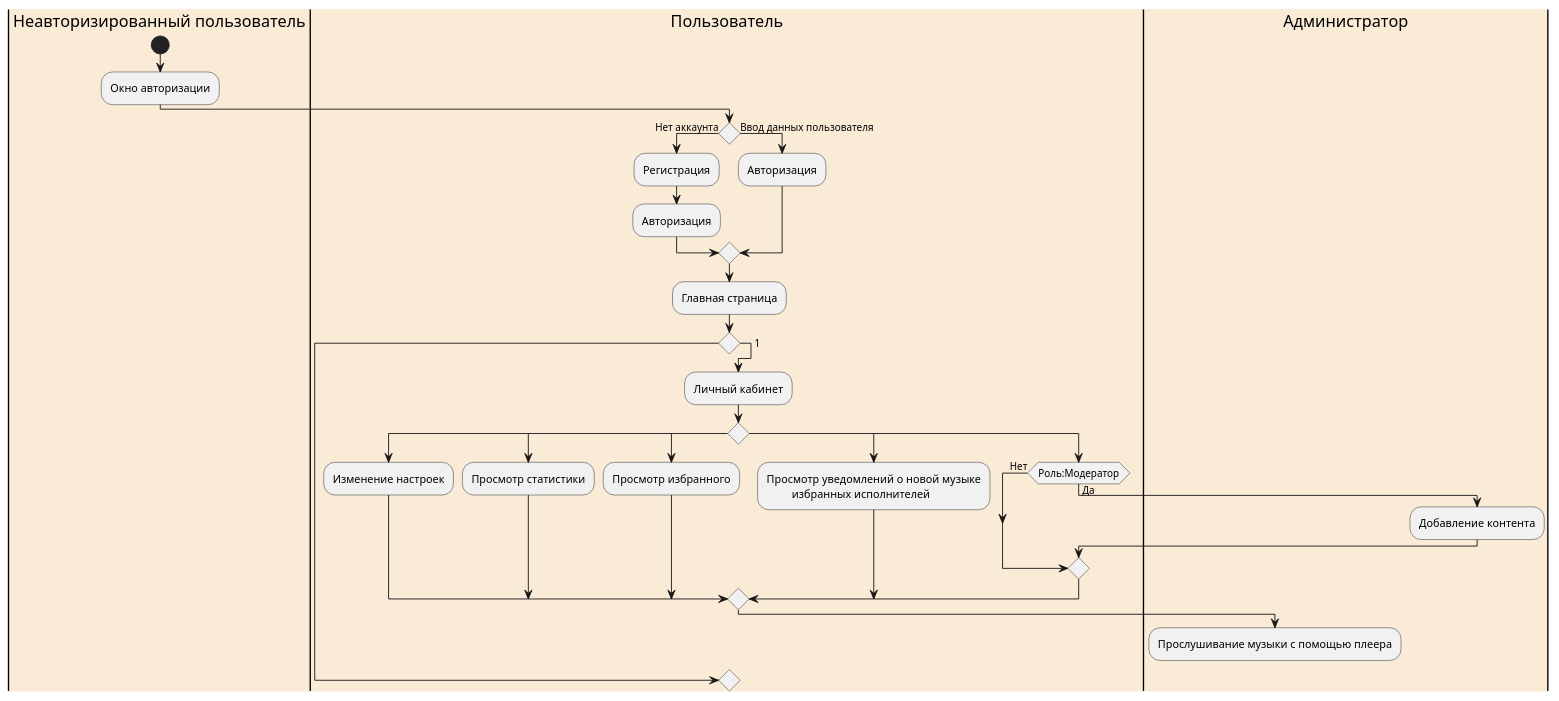
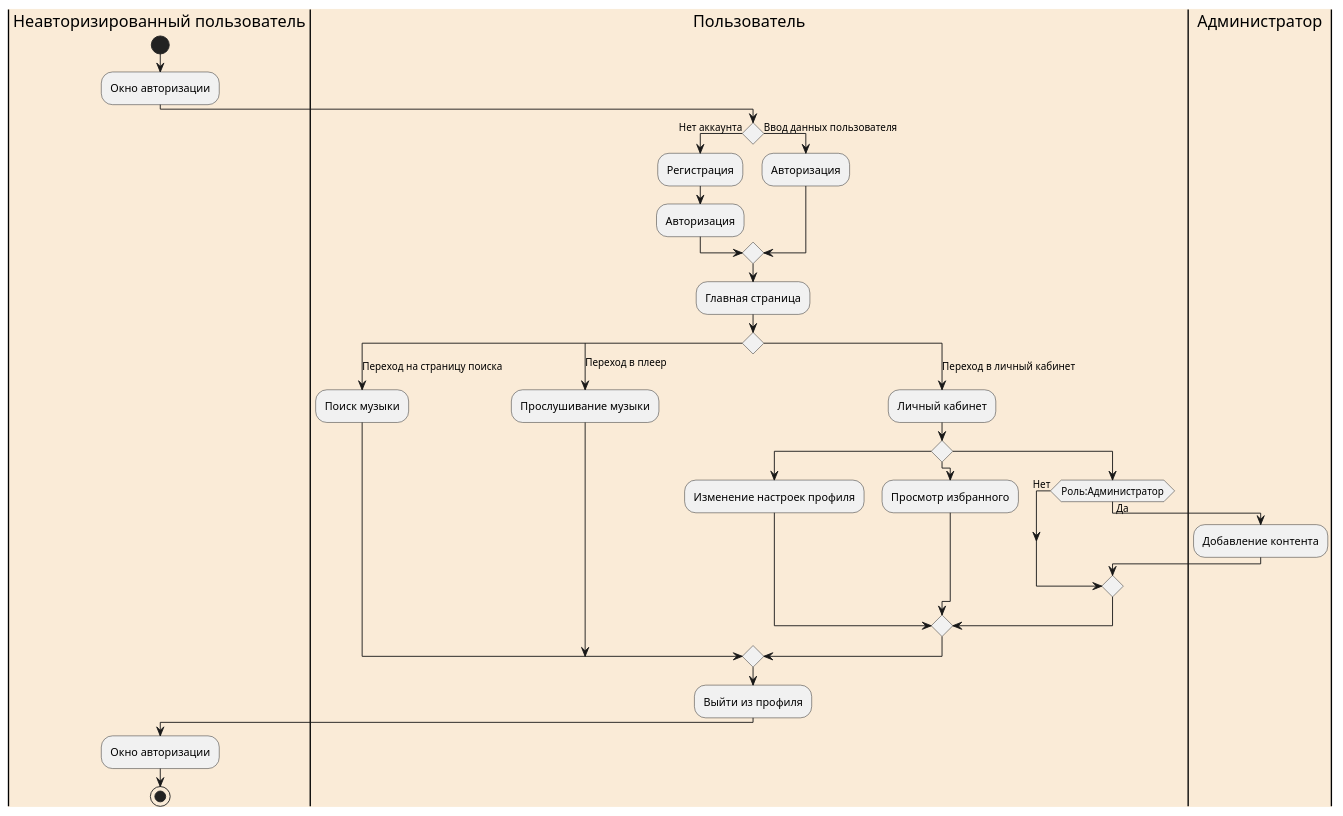
The diagram in docs/diagrams/ActivityUsers.puml (xlebec27/RGARMusic), drawn with PlantUML before and after one commit.

Commit message:
Final ActivityUsers diagram

```diff
--- a/docs/diagrams/ActivityUsers.puml
+++ b/docs/diagrams/ActivityUsers.puml
@@ -1,44 +1,38 @@
 @startuml
-
 |#AntiqueWhite|Неавторизированный пользователь|
 start
 :Окно авторизации;
 |#AntiqueWhite|Пользователь|
 if() then (Нет аккаунта)
 :Регистрация;
 :Авторизация;
 else (Ввод данных пользователя)
 :Авторизация;
 endif
 :Главная страница;
 switch()
-case()
-case(1)
-:Личный кабинет;
-    switch()
-    case()
-      :Изменение настроек;
-    case()
-      :Просмотр статистики;
-    case()
-      :Просмотр избранного;
-    case()
-      :Просмотр уведомлений о новой музыке
-               избранных исполнителей;
-    case()
-    if(Роль:Модератор) then (Нет)
-
-    |#AntiqueWhite|Администратор|
-    else (Да)
-    :Добавление контента;
-    endif
-    endswitch
-
-:Прослушивание музыки с помощью плеера;
+case(Переход на страницу поиска)
+:Поиск музыки;
+case(Переход в плеер)
+:Прослушивание музыки;
+case(Переход в личный кабинет)
+    :Личный кабинет;
+        switch()
+        case()
+            :Изменение настроек профиля;
+        case()
+            :Просмотр избранного;
+        case()
+            if(Роль:Администратор) then (Нет)
+            |#AntiqueWhite|Администратор|
+            else (Да)
+            :Добавление контента;
+            endif
+        endswitch
+endswitch
 |#AntiqueWhite|Пользователь|
-
+:Выйти из профиля;
 |#AntiqueWhite|Неавторизированный пользователь|
-
-
-
+:Окно авторизации;
+stop
 @enduml
```
